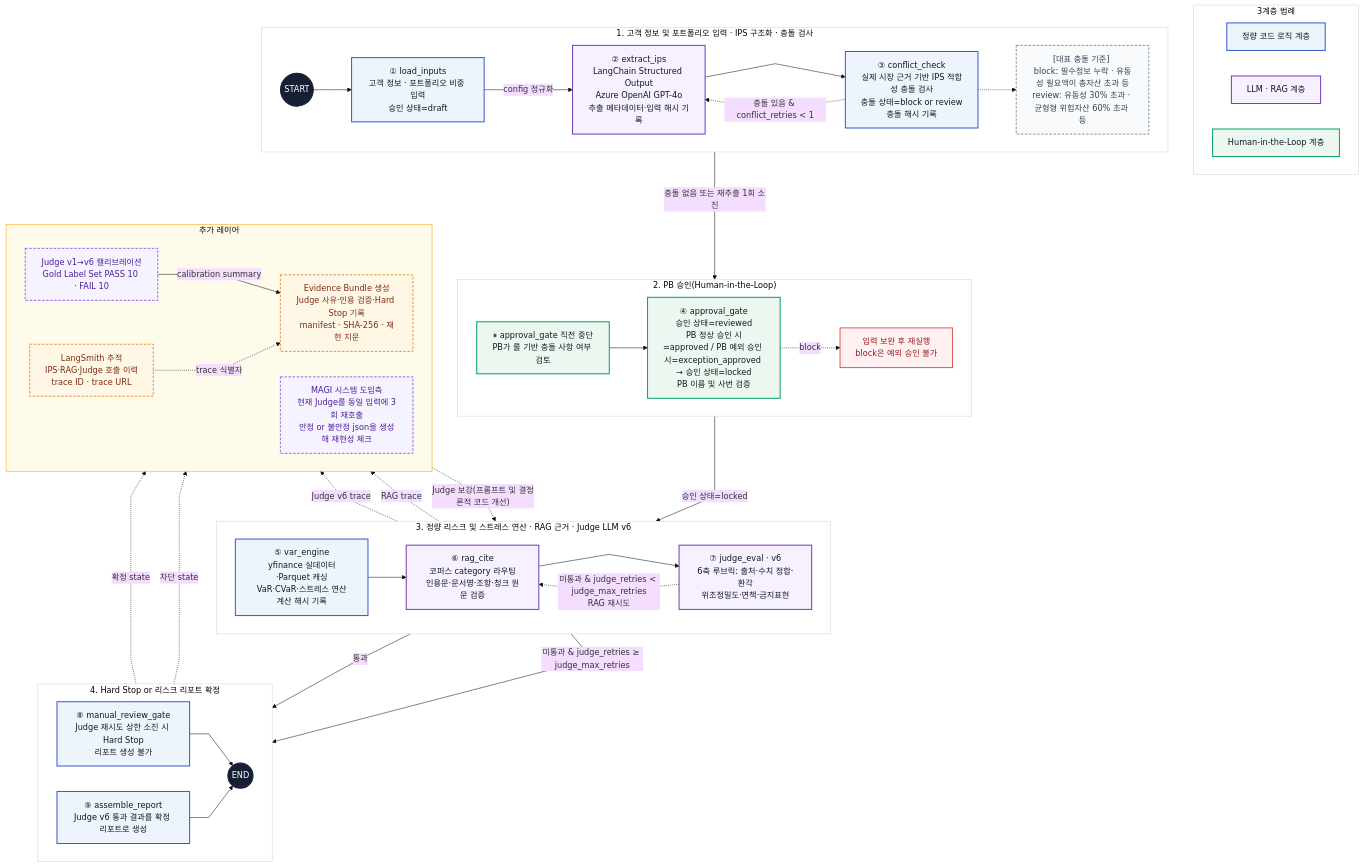
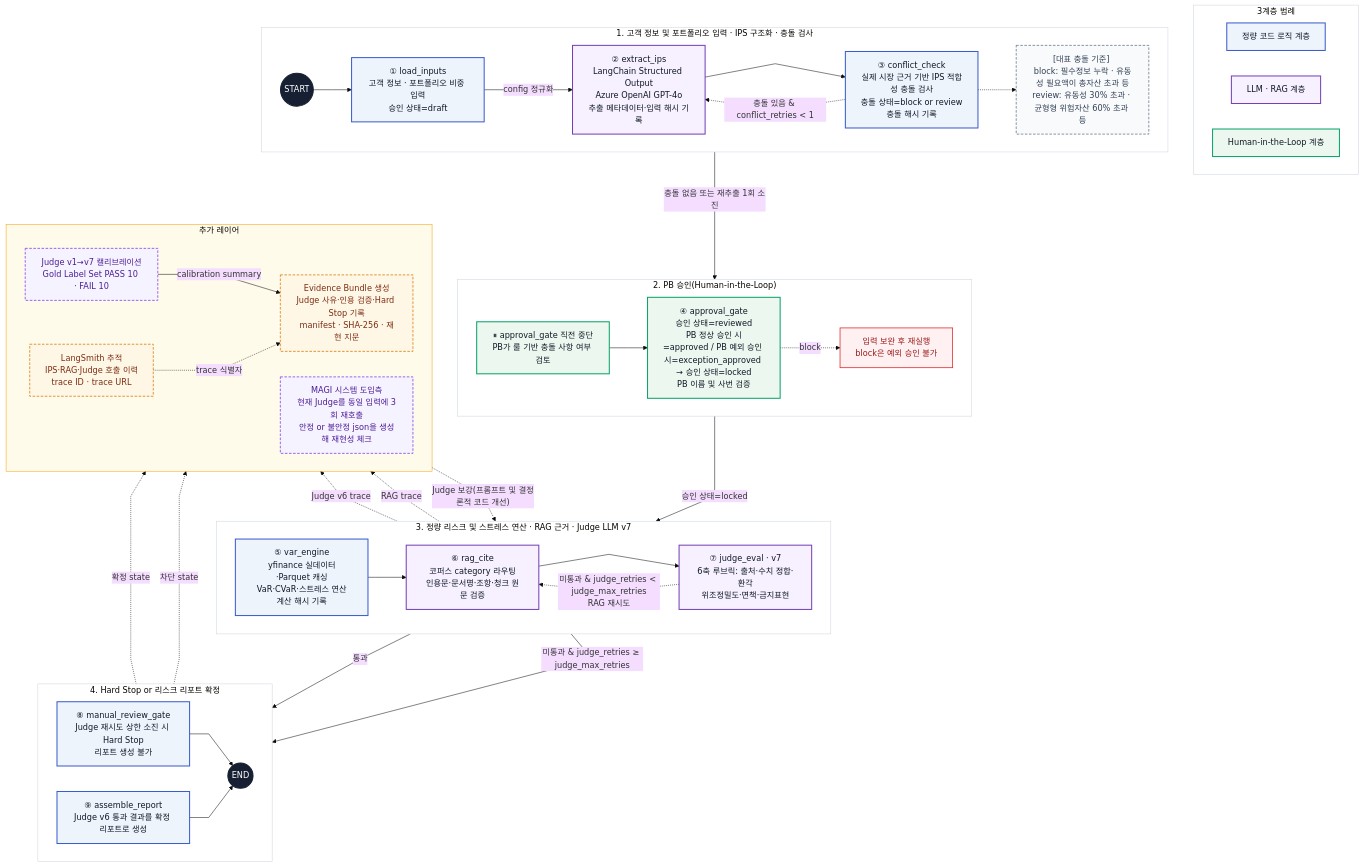
Before and after one commit to SamsungSecurities-YoungCreator-15th-4/S_Hub: the diagram in docs/mermaid.mmd, drawn with Mermaid.

Commit message:
docs: Mermaid Judge v7 표기 반영

```diff
--- a/docs/mermaid.mmd
+++ b/docs/mermaid.mmd
@@ -1,113 +1,113 @@
 %%{init: {"theme": "base", "flowchart": {"htmlLabels": true, "curve": "linear"}}}%%
 %% S.ymphony Mermaid 아키텍처
 %% 실제 LangGraph 노드 9개 · 실행 단계 4개 · 아키텍처 계층 3개 · 조건부 루프 2개 · HITL 1개
 %% MAGI·Evidence Bundle·LangSmith는 그래프 밖 감사·관측 레이어이며 런타임 판정을 바꾸지 않음
 flowchart TB
 
     %% 실행 흐름과 분리된 아키텍처 계층 범례
     subgraph LEGEND["3계층 범례"]
         direction LR
         KEY_DET["정량 코드 로직 계층"]
         KEY_LLM["LLM · RAG 계층"]
         KEY_HITL["Human-in-the-Loop 계층"]
     end
 
     %% 1단계: 고객 정보 및 포트폴리오 입력, IPS 구조화, 충돌 검사
     subgraph STEP1["1. 고객 정보 및 포트폴리오 입력 · IPS 구조화 · 충돌 검사"]
         direction LR
         START((START))
         N1["① load_inputs<br/>고객 정보 · 포트폴리오 비중 입력<br/>승인 상태=draft"]
         N2["② extract_ips<br/>LangChain Structured Output<br/>Azure OpenAI GPT-4o<br/>추출 메타데이터·입력 해시 기록"]
         N3["③ conflict_check<br/>실제 시장 근거 기반 IPS 적합성 충돌 검사<br/>충돌 상태=block or review<br/>충돌 해시 기록"]
         CONFLICT["[대표 충돌 기준] <br/>block: 필수정보 누락 · 유동성 필요액이 총자산 초과 등<br/>review: 유동성 30% 초과 · 균형형 위험자산 60% 초과 등"]
 
         START --> N1
         N1 -->|"config 정규화"| N2
         N2 --> N3
         N3 -. "충돌 있음 & conflict_retries < 1" .-> N2
         N3 -.-> CONFLICT
     end
 
     %% 2단계: PB 승인(Human-in-the-Loop)
     subgraph STEP2["2. PB 승인(Human-in-the-Loop)"]
         direction LR
         PAUSE["⏸ approval_gate 직전 중단<br/>PB가 룰 기반 충돌 사항 여부 검토"]
         N4["④ approval_gate<br/>승인 상태=reviewed<br/>PB 정상 승인 시=approved / PB 예외 승인 시=exception_approved → 승인 상태=locked<br/>PB 이름 및 사번 검증"]
         STOP["입력 보완 후 재실행<br/>block은 예외 승인 불가"]
 
         PAUSE --> N4
         N4 -. "block" .-> STOP
     end
 
-    %% 3단계: 정량 리스크 엔진, XAI, Judge v6 검증 및 추적
-    subgraph STEP3["3. 정량 리스크 및 스트레스 연산 · RAG 근거 · Judge LLM v6"]
+    %% 3단계: 정량 리스크 엔진, XAI, Judge v7 검증 및 추적
+    subgraph STEP3["3. 정량 리스크 및 스트레스 연산 · RAG 근거 · Judge LLM v7"]
         direction LR
         N5["⑤ var_engine<br/>yfinance 실데이터·Parquet 캐싱<br/>VaR·CVaR·스트레스 연산<br/>계산 해시 기록"]
         N6["⑥ rag_cite<br/>코퍼스 category 라우팅<br/>인용문·문서명·조항·청크 원문 검증"]
-        N7["⑦ judge_eval · v6<br/>6축 루브릭: 출처·수치 정합·환각<br/>위조정밀도·면책·금지표현"]
+        N7["⑦ judge_eval · v7<br/>6축 루브릭: 출처·수치 정합·환각<br/>위조정밀도·면책·금지표현"]
 
         N5 --> N6
         N6 --> N7
         N7 -. "미통과 & judge_retries < judge_max_retries<br/>RAG 재시도" .-> N6
     end
 
     %% 4단계: Hard Stop 또는 최종 리스크 리포트 확정
     subgraph STEP4["4. Hard Stop or 리스크 리포트 확정"]
         direction LR
         N8["⑧ manual_review_gate<br/>Judge 재시도 상한 소진 시 Hard Stop<br/>리포트 생성 불가"]
         N9["⑨ assemble_report<br/>Judge v6 통과 결과를 확정 리포트로 생성"]
         END((END))
 
         N8 --> END
         N9 --> END
     end
 
     %% 단계 간 기본 실행 경로
     N3 -->|"충돌 없음 또는 재추출 1회 소진"| PAUSE
     N4 -->|"승인 상태=locked"| N5
     N7 -->|"미통과 & judge_retries ≥ judge_max_retries"| N8
     N7 -->|"통과"| N9
 
     %% 그래프 외 감사·관측 레이어: 런타임 판정과 분리
     subgraph PROOF["추가 레이어"]
         direction LR
-        CAL["Judge v1→v6 캘리브레이션<br/>Gold Label Set PASS 10 · FAIL 10"]
+        CAL["Judge v1→v7 캘리브레이션<br/>Gold Label Set PASS 10 · FAIL 10"]
         TRACE["LangSmith 추적<br/>IPS·RAG·Judge 호출 이력<br/>trace ID · trace URL"]
         BUNDLE["Evidence Bundle 생성<br/>Judge 사유·인용 검증·Hard Stop 기록<br/>manifest · SHA-256 · 재현 지문"]
         MAGI["MAGI 시스템 도입측<br/>현재 Judge를 동일 입력에 3회 재호출<br/>안정 or 불안정 json을 생성해 재현성 체크"]
 
         CAL -->|"calibration summary"| BUNDLE
     end
 
     CAL -. "Judge 보강(프롬프트 및 결정론적 코드 개선)" .-> N7
     N6 -. "RAG trace" .-> TRACE
     N7 -. "Judge v6 trace" .-> TRACE
     N8 -. "차단 state" .-> BUNDLE
     N9 -. "확정 state" .-> BUNDLE
     TRACE -. "trace 식별자" .-> BUNDLE
 
     %% 3계층은 실행 순서를 유지한 채 노드 색상으로 구분
     classDef deterministic fill:#EDF4FC,stroke:#3B5CCC,color:#111827,stroke-width:2px;
     classDef llmNode fill:#F6F0FF,stroke:#7440B8,color:#111827,stroke-width:2px;
     classDef hitlNode fill:#ECF8EF,stroke:#08A26A,color:#111827,stroke-width:2px;
     classDef terminal fill:#172033,stroke:#172033,color:#FFFFFF,stroke-width:2px;
     classDef stop fill:#FFF1F2,stroke:#DC2626,color:#991B1B,stroke-width:1.5px;
     classDef audit fill:#FFF7E6,stroke:#D97706,color:#7C2D12,stroke-width:1.5px,stroke-dasharray:5 3;
     classDef stability fill:#F5F3FF,stroke:#7C3AED,color:#4C1D95,stroke-width:1.5px,stroke-dasharray:5 3;
     classDef note fill:#F8FAFC,stroke:#64748B,color:#334155,stroke-width:1.5px,stroke-dasharray:5 3;
 
     class KEY_DET,N1,N3,N5,N8,N9 deterministic;
     class KEY_LLM,N2,N6,N7 llmNode;
     class KEY_HITL,PAUSE,N4 hitlNode;
     class START,END terminal;
     class STOP stop;
     class TRACE,BUNDLE audit;
     class CAL,MAGI stability;
     class CONFLICT note;
 
     style LEGEND fill:#FFFFFF,stroke:#CBD5E1,stroke-width:1px
     style STEP1 fill:#FFFFFF,stroke:#CBD5E1,stroke-width:1px
     style STEP2 fill:#FFFFFF,stroke:#CBD5E1,stroke-width:1px
     style STEP3 fill:#FFFFFF,stroke:#CBD5E1,stroke-width:1px
     style STEP4 fill:#FFFFFF,stroke:#CBD5E1,stroke-width:1px
     style PROOF fill:#FFFBEB,stroke:#F59E0B,stroke-width:1px
```
